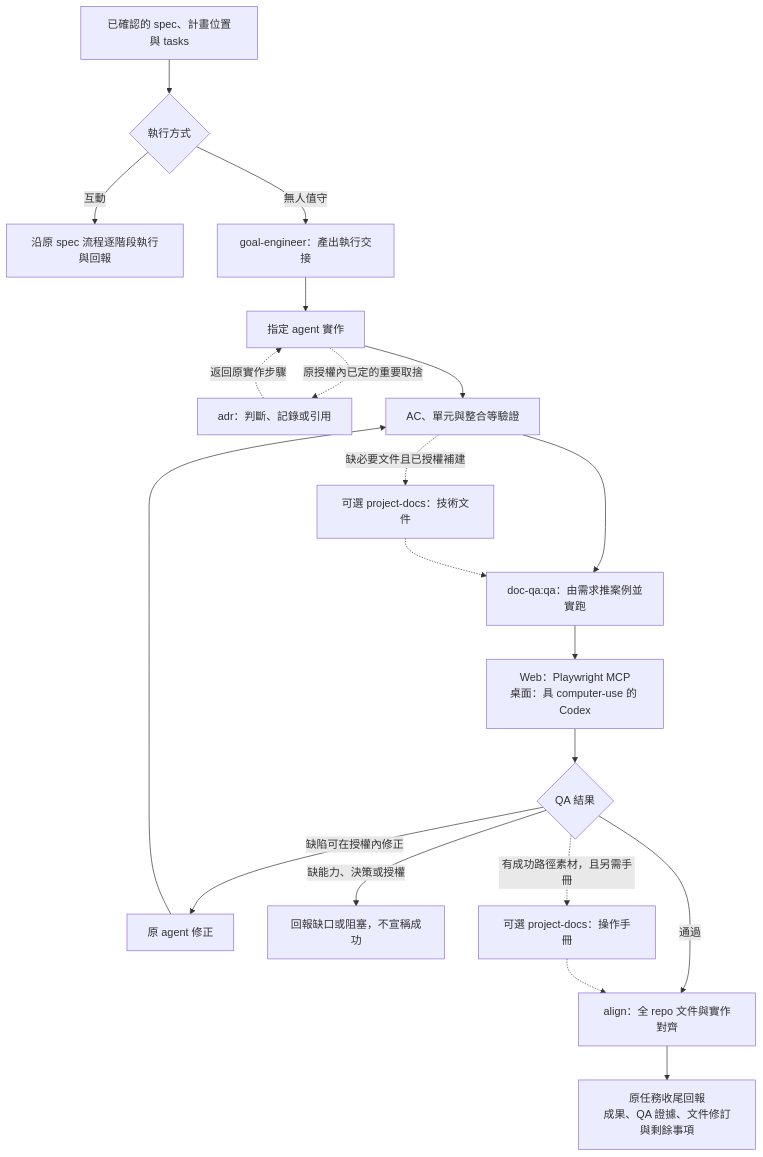
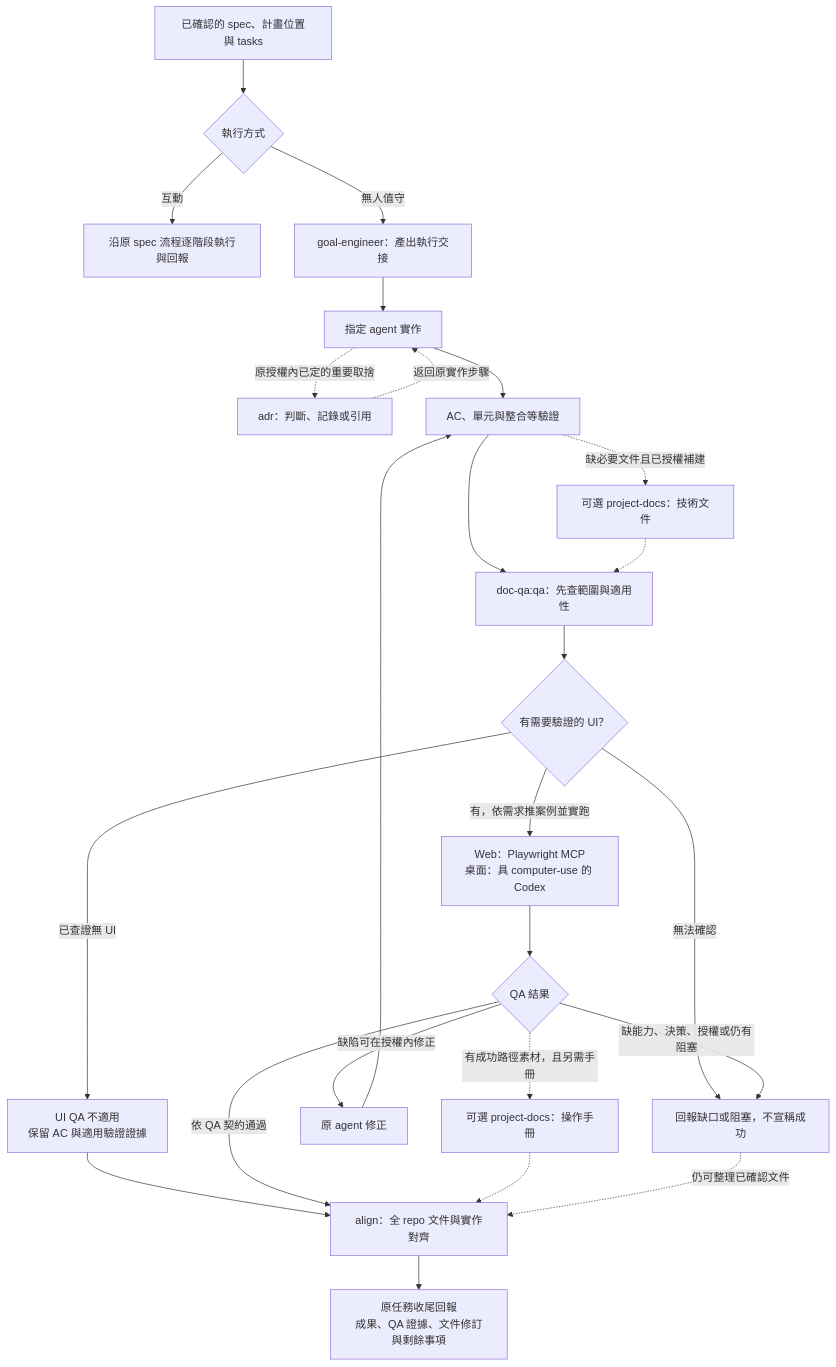
The second of 2 diagrams in workflow-router/docs/workflow.md (KerberosClaw/kc_ai_skills), drawn with Mermaid before and after one commit. The commit also changed other lines of this file and 12 other files, not shown here.

````diff
--- a/workflow-router/docs/workflow.md
+++ b/workflow-router/docs/workflow.md
@@ -49,23 +49,28 @@
 ```mermaid
 flowchart TD
     E["已確認的 spec、計畫位置與 tasks"] --> M{"執行方式"}
     M -->|互動| H["沿原 spec 流程逐階段執行與回報"]
     M -->|無人值守| G["goal-engineer：產出執行交接"]
     G --> I["指定 agent 實作"]
     I -.->|原授權內已定的重要取捨| AD["adr：判斷、記錄或引用"]
     AD -.->|返回原實作步驟| I
     I --> V["AC、單元與整合等驗證"]
-    V --> Q["doc-qa:qa：由需求推案例並實跑"]
+    V --> Q["doc-qa:qa：先查範圍與適用性"]
     V -.->|缺必要文件且已授權補建| PD1["可選 project-docs：技術文件"]
     PD1 -.-> Q
 
-    Q --> DR["Web：Playwright MCP<br/>桌面：具 computer-use 的 Codex"]
+    Q --> U{"有需要驗證的 UI？"}
+    U -->|有，依需求推案例並實跑| DR["Web：Playwright MCP<br/>桌面：具 computer-use 的 Codex"]
+    U -->|已查證無 UI| N["UI QA 不適用<br/>保留 AC 與適用驗證證據"]
+    N --> A["align：全 repo 文件與實作對齊"]
+    U -->|無法確認| X["回報缺口或阻塞，不宣稱成功"]
     DR --> O{"QA 結果"}
     O -->|缺陷可在授權內修正| F["原 agent 修正"]
     F --> V
-    O -->|通過| A["align：全 repo 文件與實作對齊"]
-    O -->|缺能力、決策或授權| X["回報缺口或阻塞，不宣稱成功"]
+    O -->|依 QA 契約通過| A
+    O -->|缺能力、決策、授權或仍有阻塞| X
     O -.->|有成功路徑素材，且另需手冊| PD2["可選 project-docs：操作手冊"]
     PD2 -.-> A
+    X -.->|仍可整理已確認文件| A
     A --> Z["原任務收尾回報<br/>成果、QA 證據、文件修訂與剩餘事項"]
 ```
````
